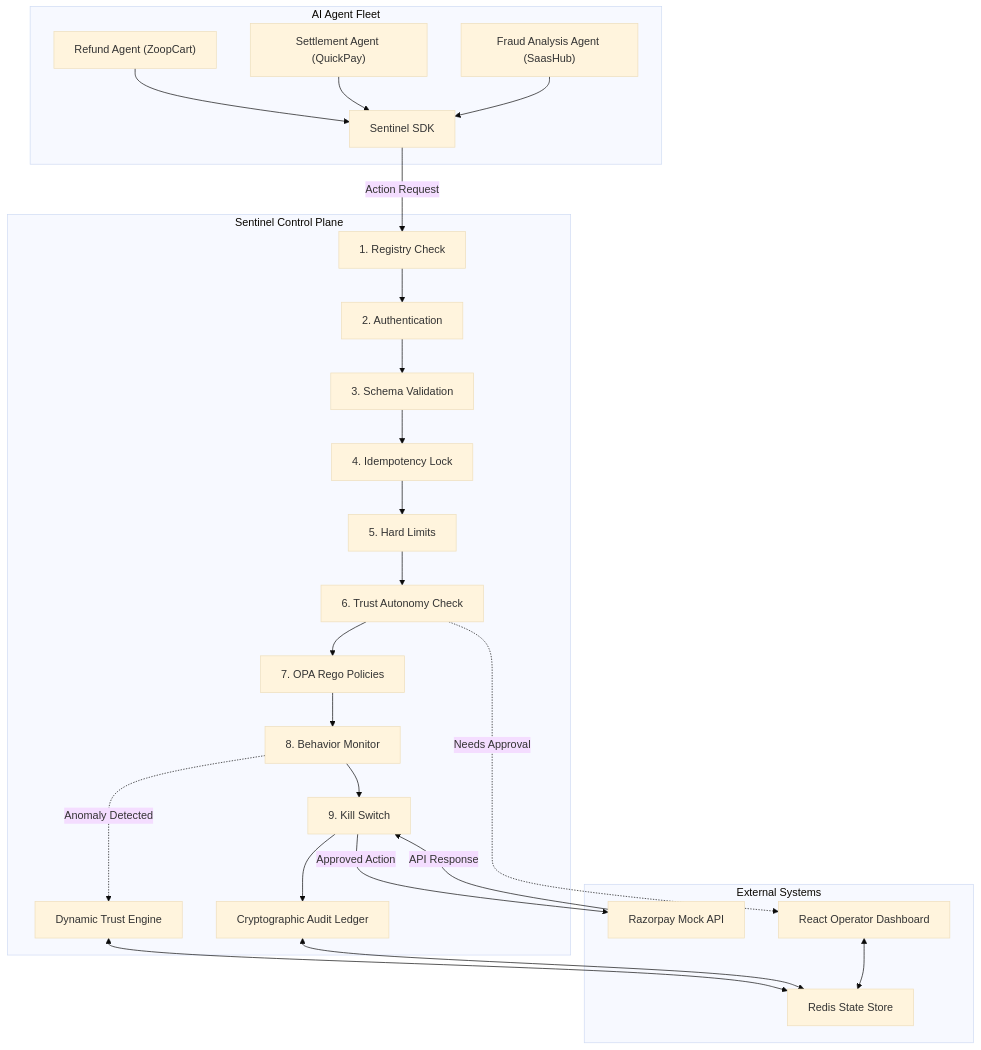
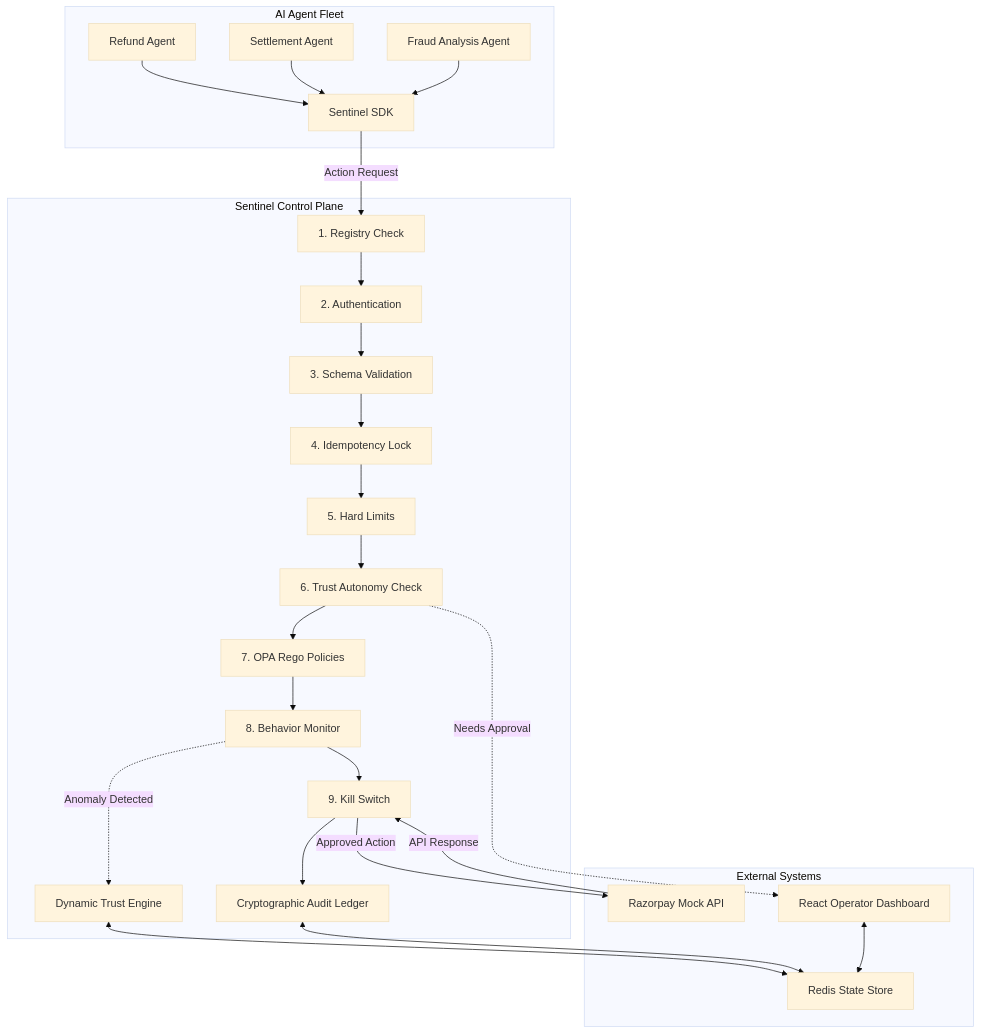
The first of 2 diagrams in README.md (Adhi0303/Sentinal), drawn with Mermaid (base theme) before and after one commit. The commit also changed 14 other files, not shown here.

````diff
--- a/README.md
+++ b/README.md
@@ -26,47 +26,47 @@
 ```mermaid
 graph TD
     subgraph "AI Agent Fleet"
-        A1["Refund Agent (ZoopCart)"]
-        A2["Settlement Agent (QuickPay)"]
-        A3["Fraud Analysis Agent (SaasHub)"]
+        A1["Refund Agent"]
+        A2["Settlement Agent"]
+        A3["Fraud Analysis Agent"]
         SDK["Sentinel SDK"]
     end
 
     subgraph "Sentinel Control Plane"
         G1["1. Registry Check"]
         G2["2. Authentication"]
         G3["3. Schema Validation"]
         G4["4. Idempotency Lock"]
         G5["5. Hard Limits"]
         G6["6. Trust Autonomy Check"]
         G7["7. OPA Rego Policies"]
         G8["8. Behavior Monitor"]
         G9["9. Kill Switch"]
         TE["Dynamic Trust Engine"]
         RL["Cryptographic Audit Ledger"]
     end
 
     subgraph "External Systems"
         RB["Razorpay Mock API"]
         UI["React Operator Dashboard"]
         DB["Redis State Store"]
     end
 
     A1 --> SDK
     A2 --> SDK
     A3 --> SDK
 
     SDK -->|"Action Request"| G1
     G1 --> G2 --> G3 --> G4 --> G5 --> G6 --> G7 --> G8 --> G9
 
     G9 -->|"Approved Action"| RB
     RB -->|"API Response"| G9
 
     G6 -.->|"Needs Approval"| UI
     G8 -.->|"Anomaly Detected"| TE
 
     G9 --> RL
     TE <--> DB
     RL <--> DB
     UI <--> DB
 ```
````
